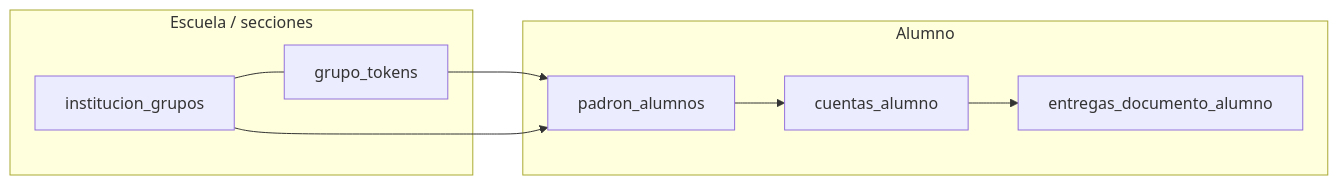
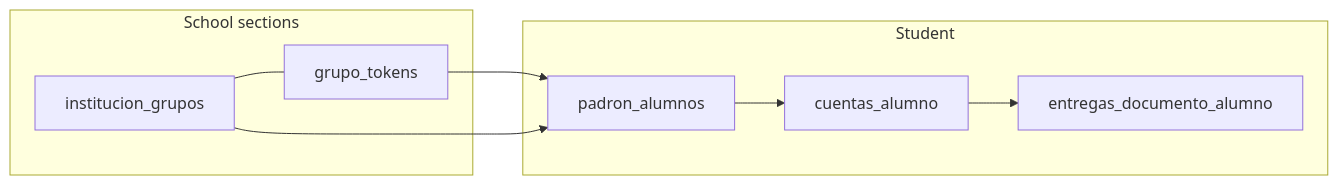
The second of 3 diagrams in prueba.md (SupremCuervo/SUBIR-A-GITHUB-AUTO), drawn with Mermaid before and after one commit. The commit also changed other lines of this file, not shown here.

````diff
--- a/prueba.md
+++ b/prueba.md
@@ -37,17 +57,17 @@
 ```mermaid
 flowchart LR
-	subgraph escuela["Escuela / secciones"]
-		IG[institucion_grupos]
-		GT[grupo_tokens]
-	end
-	subgraph alumno["Alumno"]
-		P[padron_alumnos]
-		C[cuentas_alumno]
-		E[entregas_documento_alumno]
-	end
-	IG --- GT
-	GT --> P
-	IG --> P
-	P --> C
-	C --> E
+    subgraph SCH[School sections]
+        IG2[institucion_grupos]
+        GT2[grupo_tokens]
+    end
+    subgraph STU[Student]
+        P2[padron_alumnos]
+        C2[cuentas_alumno]
+        E2[entregas_documento_alumno]
+    end
+    IG2 --- GT2
+    GT2 --> P2
+    IG2 --> P2
+    P2 --> C2
+    C2 --> E2
 ```
````
